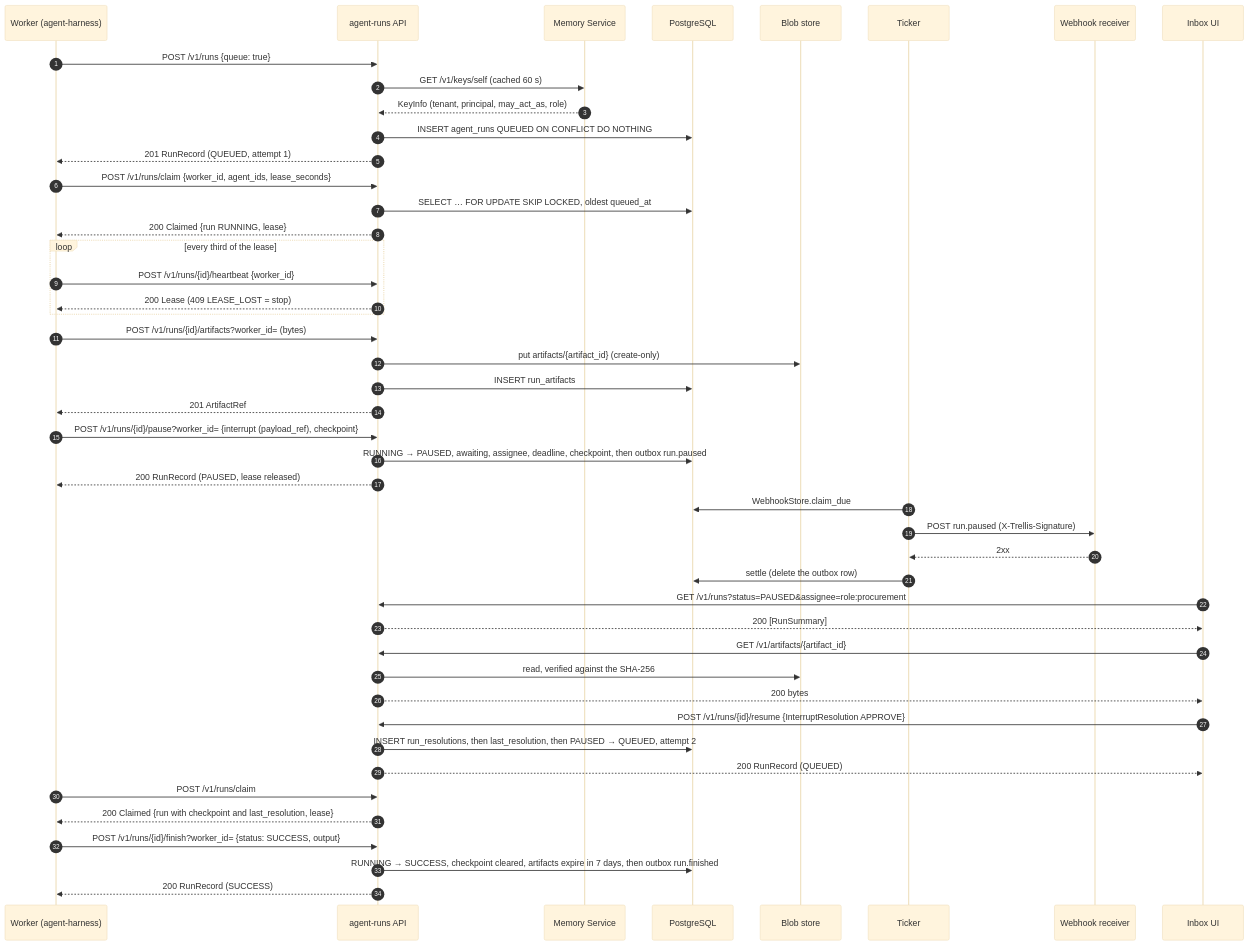
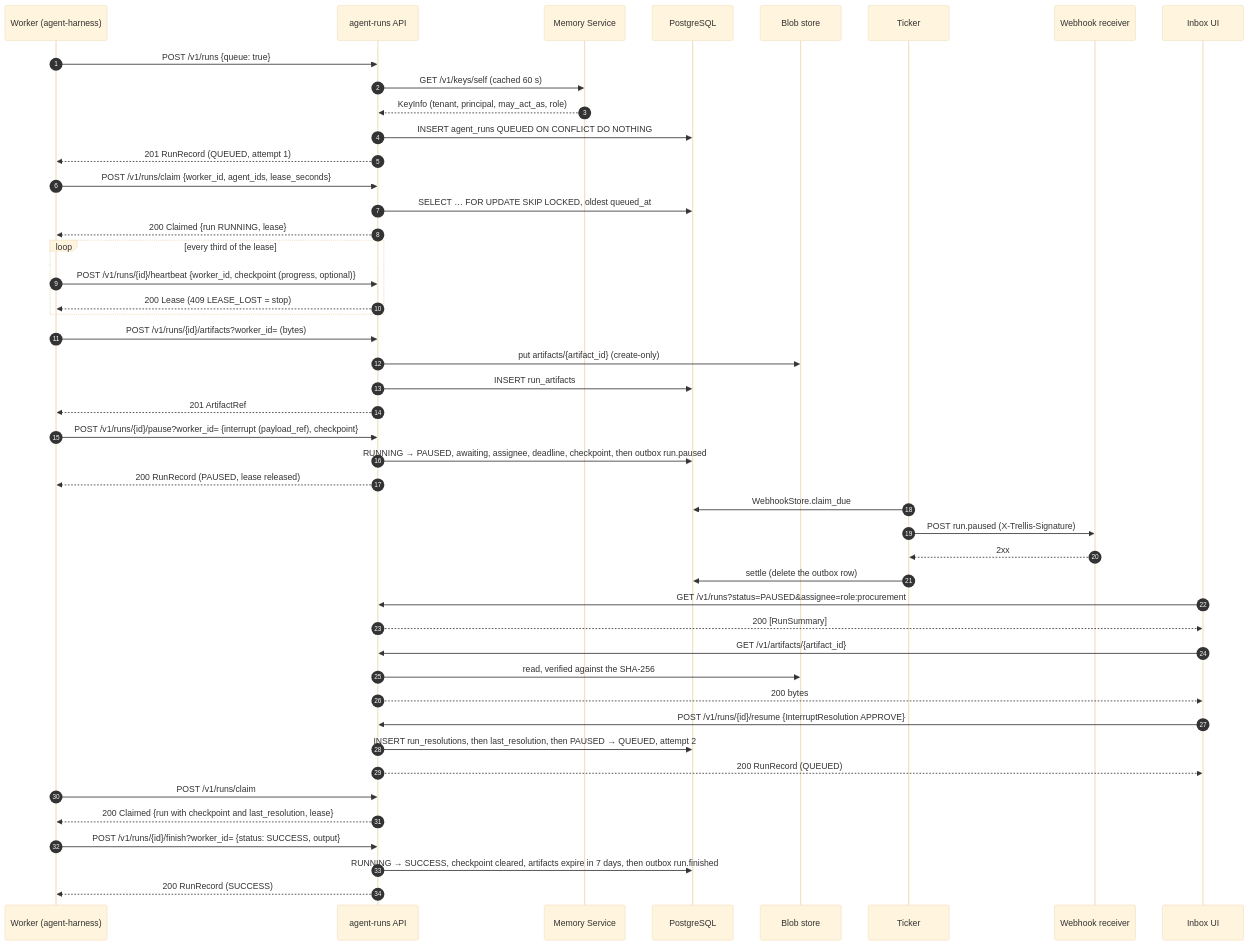
The third of 5 diagrams in docs/ARCHITECTURE.md (amitmohapatra/agent-runs), drawn with Mermaid (base theme) before and after one commit. The commit also changed other lines of this file and 5 other files, not shown here.

First line of the commit message:
A heartbeat may save a progress checkpoint the next attempt resumes from

````diff
--- a/docs/ARCHITECTURE.md
+++ b/docs/ARCHITECTURE.md
@@ -147,54 +149,54 @@
 ```mermaid
 sequenceDiagram
   autonumber
   participant W as Worker (agent-harness)
   participant A as agent-runs API
   participant M as Memory Service
   participant DB as PostgreSQL
   participant B as Blob store
   participant T as Ticker
   participant R as Webhook receiver
   participant U as Inbox UI
 
   W->>A: POST /v1/runs {queue: true}
   A->>M: GET /v1/keys/self (cached 60 s)
   M-->>A: KeyInfo (tenant, principal, may_act_as, role)
   A->>DB: INSERT agent_runs QUEUED ON CONFLICT DO NOTHING
   A-->>W: 201 RunRecord (QUEUED, attempt 1)
 
   W->>A: POST /v1/runs/claim {worker_id, agent_ids, lease_seconds}
   A->>DB: SELECT … FOR UPDATE SKIP LOCKED, oldest queued_at
   A-->>W: 200 Claimed {run RUNNING, lease}
   loop every third of the lease
-    W->>A: POST /v1/runs/{id}/heartbeat {worker_id}
+    W->>A: POST /v1/runs/{id}/heartbeat {worker_id, checkpoint (progress, optional)}
     A-->>W: 200 Lease (409 LEASE_LOST = stop)
   end
 
   W->>A: POST /v1/runs/{id}/artifacts?worker_id= (bytes)
   A->>B: put artifacts/{artifact_id} (create-only)
   A->>DB: INSERT run_artifacts
   A-->>W: 201 ArtifactRef
   W->>A: POST /v1/runs/{id}/pause?worker_id= {interrupt (payload_ref), checkpoint}
   A->>DB: RUNNING → PAUSED, awaiting, assignee, deadline, checkpoint, then outbox run.paused
   A-->>W: 200 RunRecord (PAUSED, lease released)
 
   T->>DB: WebhookStore.claim_due
   T->>R: POST run.paused (X-Trellis-Signature)
   R-->>T: 2xx
   T->>DB: settle (delete the outbox row)
 
   U->>A: GET /v1/runs?status=PAUSED&assignee=role:procurement
   A-->>U: 200 [RunSummary]
   U->>A: GET /v1/artifacts/{artifact_id}
   A->>B: read, verified against the SHA-256
   A-->>U: 200 bytes
   U->>A: POST /v1/runs/{id}/resume {InterruptResolution APPROVE}
   A->>DB: INSERT run_resolutions, then last_resolution, then PAUSED → QUEUED, attempt 2
   A-->>U: 200 RunRecord (QUEUED)
 
   W->>A: POST /v1/runs/claim
   A-->>W: 200 Claimed {run with checkpoint and last_resolution, lease}
   W->>A: POST /v1/runs/{id}/finish?worker_id= {status: SUCCESS, output}
   A->>DB: RUNNING → SUCCESS, checkpoint cleared, artifacts expire in 7 days, then outbox run.finished
   A-->>W: 200 RunRecord (SUCCESS)
 ```
````
